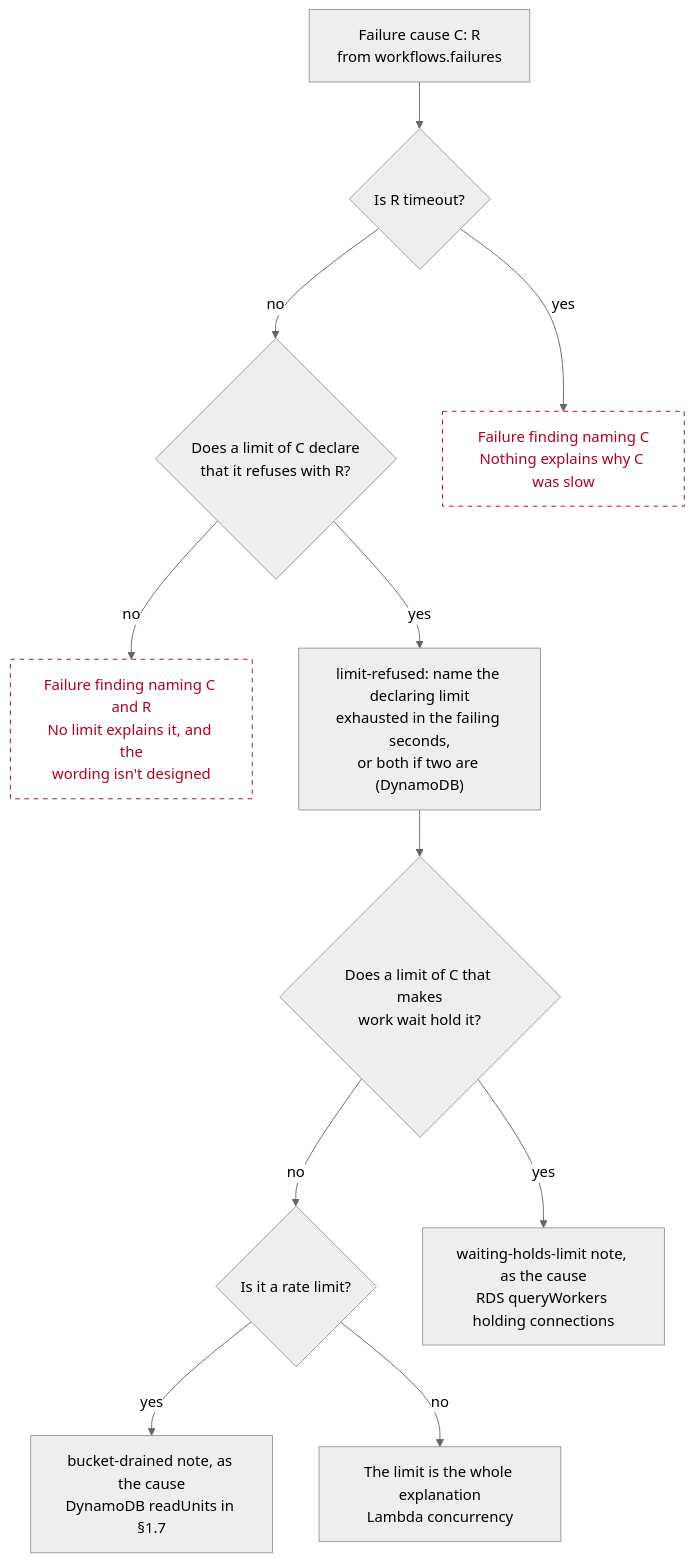
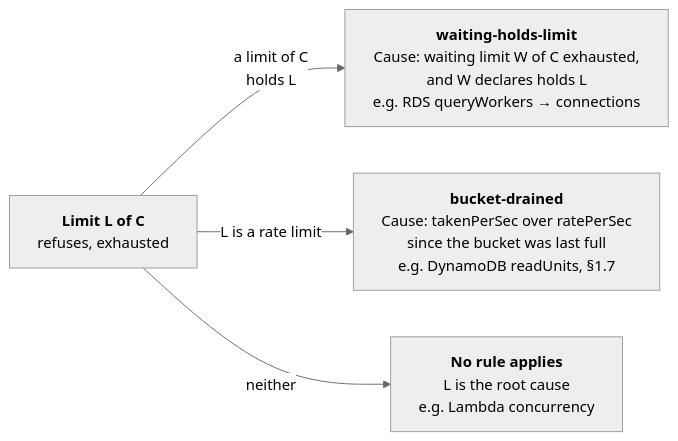
The third of 3 diagrams in docs/design/findings.md (alanbickel/wind-tunnel), drawn with Mermaid (neutral theme) before and after one commit. The commit also changed other lines of this file, not shown here.

Commit message:
docs(design): split cause resolution from limit explanation in the findings diagrams

````diff
--- a/docs/design/findings.md
+++ b/docs/design/findings.md
@@ -202,25 +222,11 @@
 ```mermaid
-flowchart TD
-    cause["Failure cause C: R<br/>from workflows.failures"]
-    timeout{"Is R timeout?"}
-    lookup{"Does a limit of C declare<br/>that it refuses with R?"}
-    tout["Failure finding naming C<br/>Nothing explains why C was slow"]:::gap
-    none["Failure finding naming C and R<br/>No limit explains it, and the<br/>wording isn't designed"]:::gap
-    pick["limit-refused: name the declaring limit<br/>exhausted in the failing seconds,<br/>or both if two are (DynamoDB)"]
-    held{"Does a limit of C that makes<br/>work wait hold it?"}
-    rate{"Is it a rate limit?"}
-    whl["waiting-holds-limit note, as the cause<br/>RDS queryWorkers holding connections"]
-    drained["bucket-drained note, as the cause<br/>DynamoDB readUnits in §1.7"]
-    alone["The limit is the whole explanation<br/>Lambda concurrency"]
-    cause --> timeout
-    timeout -->|yes| tout
-    timeout -->|no| lookup
-    lookup -->|no| none
-    lookup -->|yes| pick
-    pick --> held
-    held -->|yes| whl
-    held -->|no| rate
-    rate -->|yes| drained
-    rate -->|no| alone
-    classDef gap fill:#fff,stroke:#b00020,color:#b00020,stroke-dasharray:5 5
+%%{init: {"flowchart": {"wrappingWidth": 320}}}%%
+flowchart LR
+    limit["<b>Limit L of C</b><br/>refuses, exhausted"]
+    held["<b>waiting-holds-limit</b><br/>Cause: waiting limit W of C exhausted,<br/>and W declares holds L<br/>e.g. RDS queryWorkers → connections"]
+    drained["<b>bucket-drained</b><br/>Cause: takenPerSec over ratePerSec<br/>since the bucket was last full<br/>e.g. DynamoDB readUnits, §1.7"]
+    root["<b>No rule applies</b><br/>L is the root cause<br/>e.g. Lambda concurrency"]
+    limit -->|"a limit of C<br/>holds L"| held
+    limit -->|"L is a rate limit"| drained
+    limit -->|"neither"| root
 ```
````
